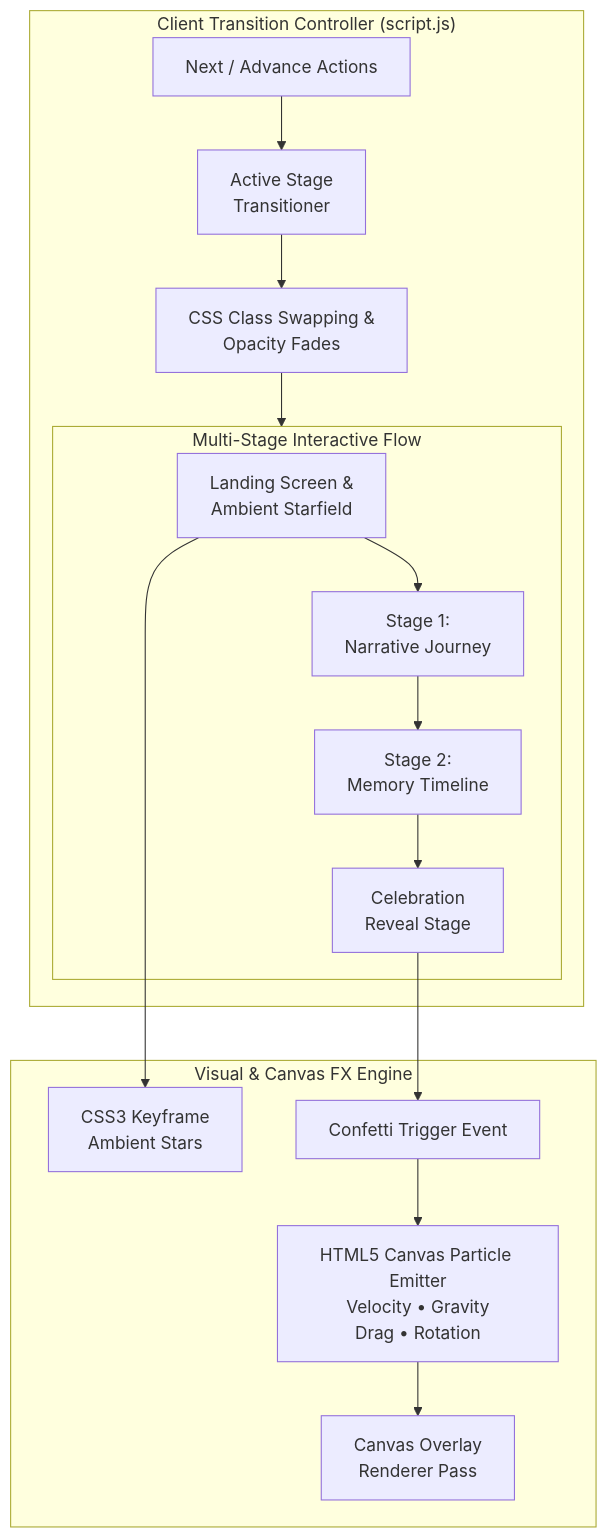
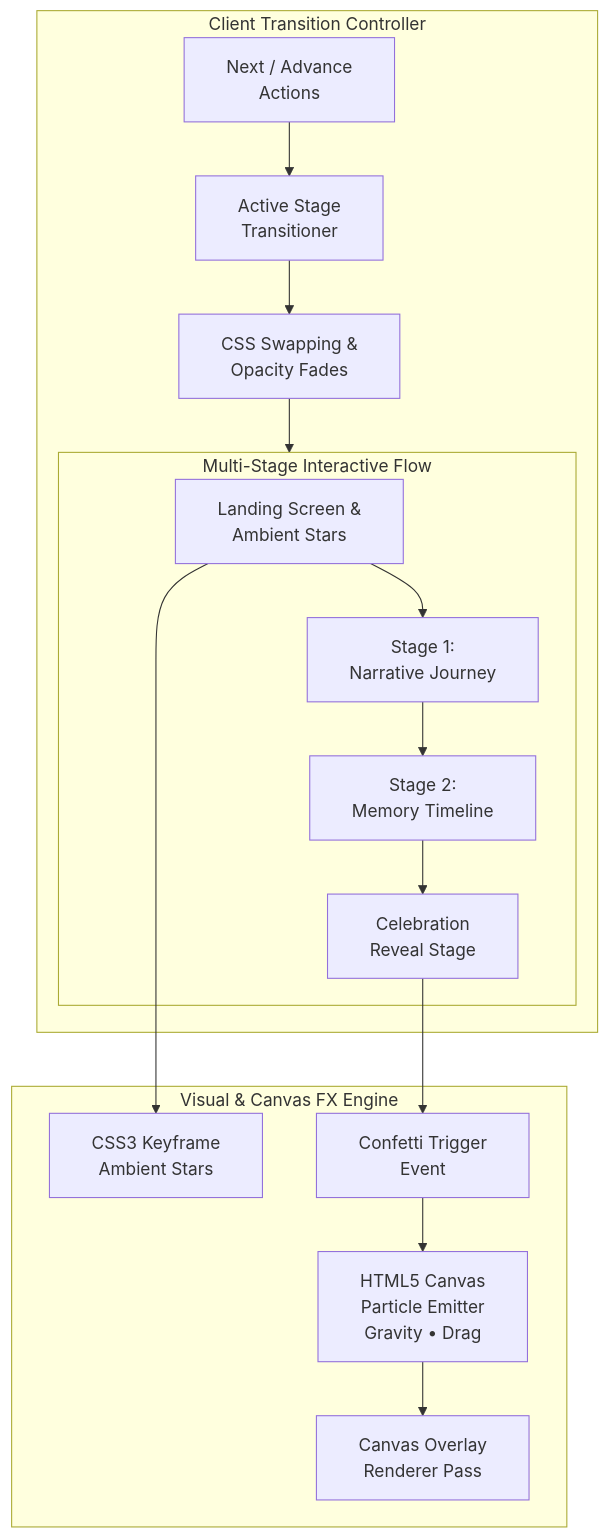
The diagram in README.md (ISBANDURAHUMAN-R/BIRTHDAY), drawn with Mermaid before and after one commit.

Commit message:
docs: fix Mermaid label truncation with line wrapping and non-clipping padding

````diff
--- a/README.md
+++ b/README.md
@@ -19,21 +19,21 @@
 ```mermaid
 graph TD
-    subgraph UIProgression ["Multi-Stage Interactive Flow"]
-        Start["Landing Screen &<br/>Ambient Starfield"] --> Step1["Stage 1:<br/>Narrative Journey"]
-        Step1 --> Step2["Stage 2:<br/>Memory Timeline"]
-        Step2 --> Reveal["Celebration<br/>Reveal Stage"]
+    subgraph UIProgression ["&nbsp; Multi-Stage Interactive Flow &nbsp;"]
+        Start["&nbsp; Landing Screen &amp; &nbsp;<br/>&nbsp; Ambient Stars &nbsp;"] --> Step1["&nbsp; Stage 1: &nbsp;<br/>&nbsp; Narrative Journey &nbsp;"]
+        Step1 --> Step2["&nbsp; Stage 2: &nbsp;<br/>&nbsp; Memory Timeline &nbsp;"]
+        Step2 --> Reveal["&nbsp; Celebration &nbsp;<br/>&nbsp; Reveal Stage &nbsp;"]
     end
 
-    subgraph AnimationFX ["Visual & Canvas FX Engine"]
-        Start --> Starfield["CSS3 Keyframe<br/>Ambient Stars"]
-        Reveal --> TriggerConfetti["Confetti Trigger Event"]
-        TriggerConfetti --> ConfettiEngine["HTML5 Canvas Particle Emitter<br/>Velocity • Gravity<br/>Drag • Rotation"]
-        ConfettiEngine --> CanvasOverlay["Canvas Overlay<br/>Renderer Pass"]
+    subgraph AnimationFX ["&nbsp; Visual &amp; Canvas FX Engine &nbsp;"]
+        Start --> Starfield["&nbsp; CSS3 Keyframe &nbsp;<br/>&nbsp; Ambient Stars &nbsp;"]
+        Reveal --> TriggerConfetti["&nbsp; Confetti Trigger &nbsp;<br/>&nbsp; Event &nbsp;"]
+        TriggerConfetti --> ConfettiEngine["&nbsp; HTML5 Canvas &nbsp;<br/>&nbsp; Particle Emitter &nbsp;<br/>&nbsp; Gravity • Drag &nbsp;"]
+        ConfettiEngine --> CanvasOverlay["&nbsp; Canvas Overlay &nbsp;<br/>&nbsp; Renderer Pass &nbsp;"]
     end
 
-    subgraph StateMachine ["Client Transition Controller (script.js)"]
-        NavButton["Next / Advance Actions"] --> TransitionState["Active Stage<br/>Transitioner"]
-        TransitionState --> DOMMutation["CSS Class Swapping &<br/>Opacity Fades"]
+    subgraph StateMachine ["&nbsp; Client Transition Controller &nbsp;"]
+        NavButton["&nbsp; Next / Advance &nbsp;<br/>&nbsp; Actions &nbsp;"] --> TransitionState["&nbsp; Active Stage &nbsp;<br/>&nbsp; Transitioner &nbsp;"]
+        TransitionState --> DOMMutation["&nbsp; CSS Swapping &amp; &nbsp;<br/>&nbsp; Opacity Fades &nbsp;"]
         DOMMutation --> UIProgression
     end
 ```
````
